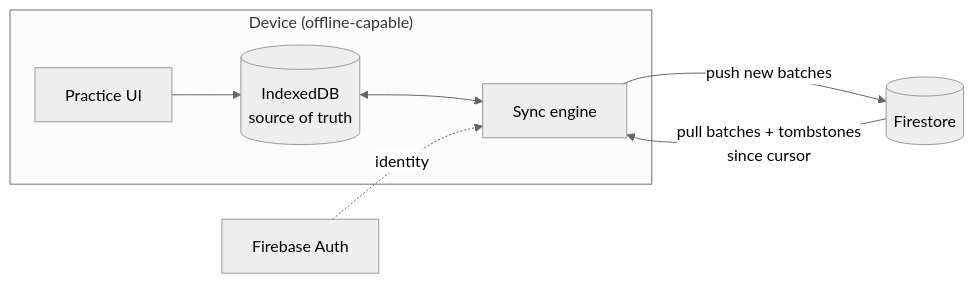
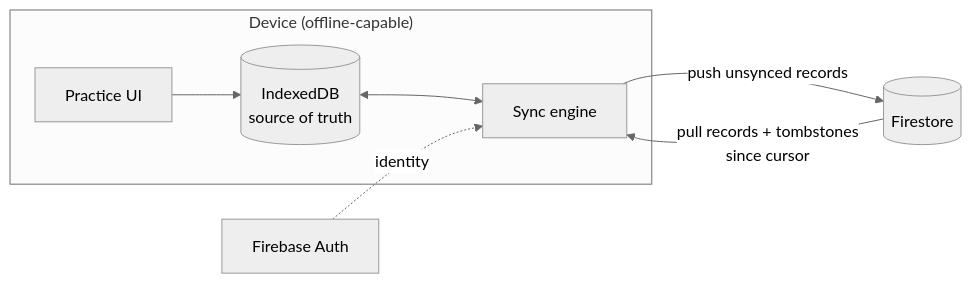
Before and after one commit to qqandbella/math-trainer: the first of 2 diagrams in docs/design/cloud-sync.md, drawn with Mermaid (neutral theme). The commit also changed other lines of this file, not shown here.

````diff
--- a/docs/design/cloud-sync.md
+++ b/docs/design/cloud-sync.md
@@ -58,10 +58,10 @@
 ```mermaid
 flowchart LR
     subgraph Device["Device (offline-capable)"]
         UI[Practice UI] --> IDB[(IndexedDB<br/>source of truth)]
         IDB <--> Engine[Sync engine]
     end
-    Engine -->|push new batches| FS[(Firestore)]
-    FS -->|pull batches + tombstones<br/>since cursor| Engine
+    Engine -->|push unsynced records| FS[(Firestore)]
+    FS -->|pull records + tombstones<br/>since cursor| Engine
     Auth[Firebase Auth] -.identity.-> Engine
 ```
````
